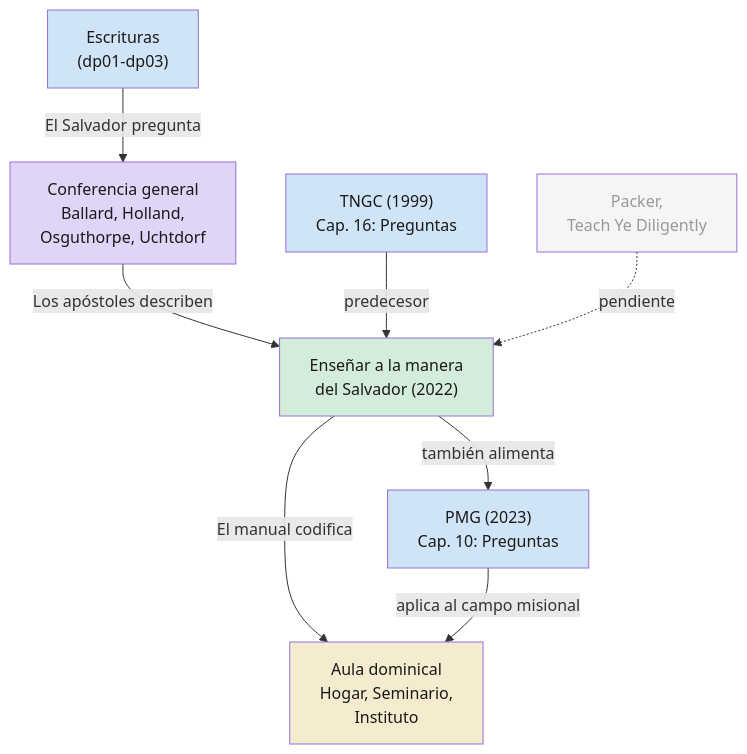
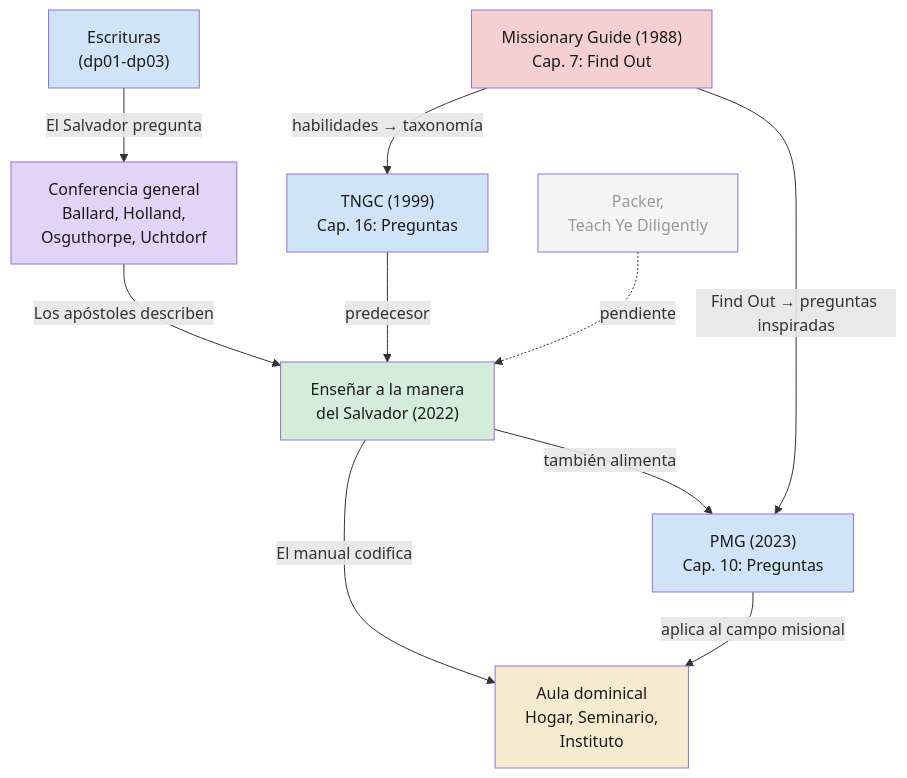
The diagram in prods/dossiers/0009-dp04-uso-institucional.md (JPMarichal/kanoniko), drawn with Mermaid before and after one commit. The commit also changed other lines of this file and 2 other files, not shown here.

First line of the commit message:
docs(dossiers): integrate 1988 Missionary Guide into dossiers 0009

````diff
--- a/prods/dossiers/0009-dp04-uso-institucional.md
+++ b/prods/dossiers/0009-dp04-uso-institucional.md
@@ -181,28 +226,32 @@
 ```mermaid
 graph TD
     ESC["Escrituras<br/>(dp01-dp03)"]
     CONF["Conferencia general<br/>Ballard, Holland,<br/>Osguthorpe, Uchtdorf"]
     MAN["Enseñar a la manera<br/>del Salvador (2022)"]
     AULA["Aula dominical<br/>Hogar, Seminario,<br/>Instituto"]
     
     ESC -->|"El Salvador pregunta"| CONF
     CONF -->|"Los apóstoles describen"| MAN
     MAN -->|"El manual codifica"| AULA
     
+    MG["Missionary Guide (1988)<br/>Cap. 7: Find Out"]
     TNGC["TNGC (1999)<br/>Cap. 16: Preguntas"]
     PMG["PMG (2023)<br/>Cap. 10: Preguntas"]
     PACK["Packer,<br/>Teach Ye Diligently"]
     
+    MG -->|"habilidades → taxonomía"| TNGC
     TNGC -->|"predecesor"| MAN
     PACK -.->|"pendiente"| MAN
     PMG -->|"aplica al campo misional"| AULA
     MAN -->|"también alimenta"| PMG
+    MG -->|"Find Out → preguntas inspiradas"| PMG
     
     style ESC fill:#d0e4f7,color:#1a1a1a
     style CONF fill:#e0d4f7,color:#1a1a1a
     style MAN fill:#d4edda,color:#1a1a1a
     style AULA fill:#f5ecd0,color:#1a1a1a
+    style MG fill:#f5d0d0,color:#1a1a1a
     style TNGC fill:#d0e4f7,color:#1a1a1a
     style PMG fill:#d0e4f7,color:#1a1a1a
     style PACK fill:#f5f5f5,color:#999
 ```
````
